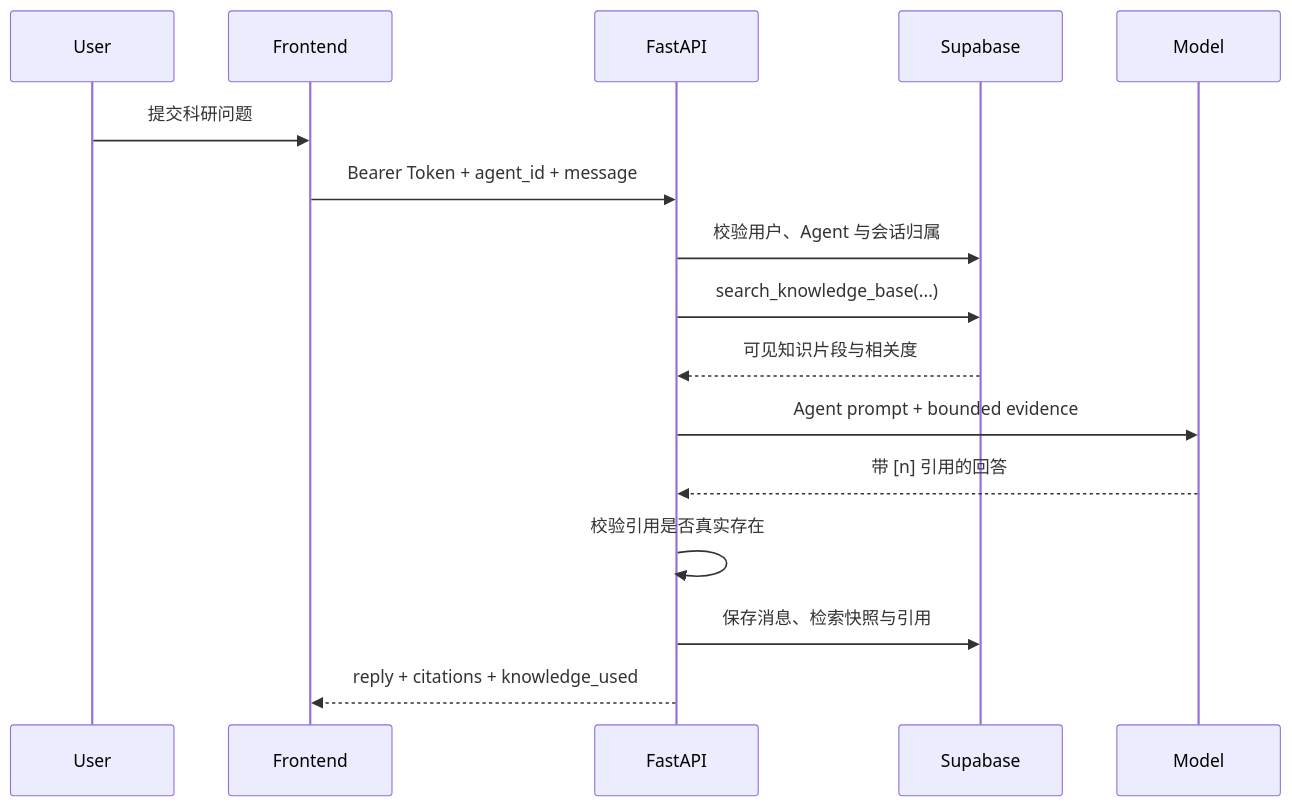
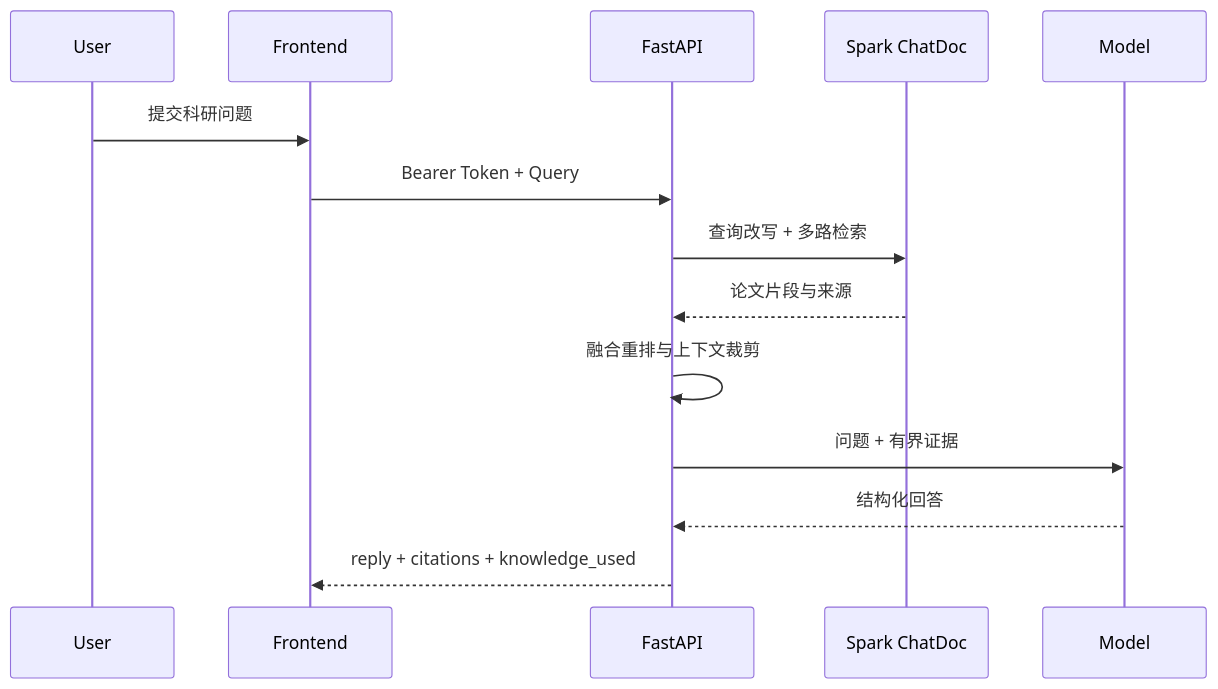
The fourth of 5 diagrams in README.md (telitor/SciPilot), drawn with Mermaid before and after one commit. The commit also changed other lines of this file, not shown here.

````diff
--- a/README.md
+++ b/README.md
@@ -310,19 +292,17 @@
 ```mermaid
 sequenceDiagram
     participant U as User
     participant F as Frontend
     participant A as FastAPI
-    participant S as Supabase
+    participant K as Spark ChatDoc
     participant M as Model
 
     U->>F: 提交科研问题
-    F->>A: Bearer Token + agent_id + message
-    A->>S: 校验用户、Agent 与会话归属
-    A->>S: search_knowledge_base(...)
-    S-->>A: 可见知识片段与相关度
-    A->>M: Agent prompt + bounded evidence
-    M-->>A: 带 [n] 引用的回答
-    A->>A: 校验引用是否真实存在
-    A->>S: 保存消息、检索快照与引用
+    F->>A: Bearer Token + Query
+    A->>K: 查询改写 + 多路检索
+    K-->>A: 论文片段与来源
+    A->>A: 融合重排与上下文裁剪
+    A->>M: 问题 + 有界证据
+    M-->>A: 结构化回答
     A-->>F: reply + citations + knowledge_used
 ```
````
